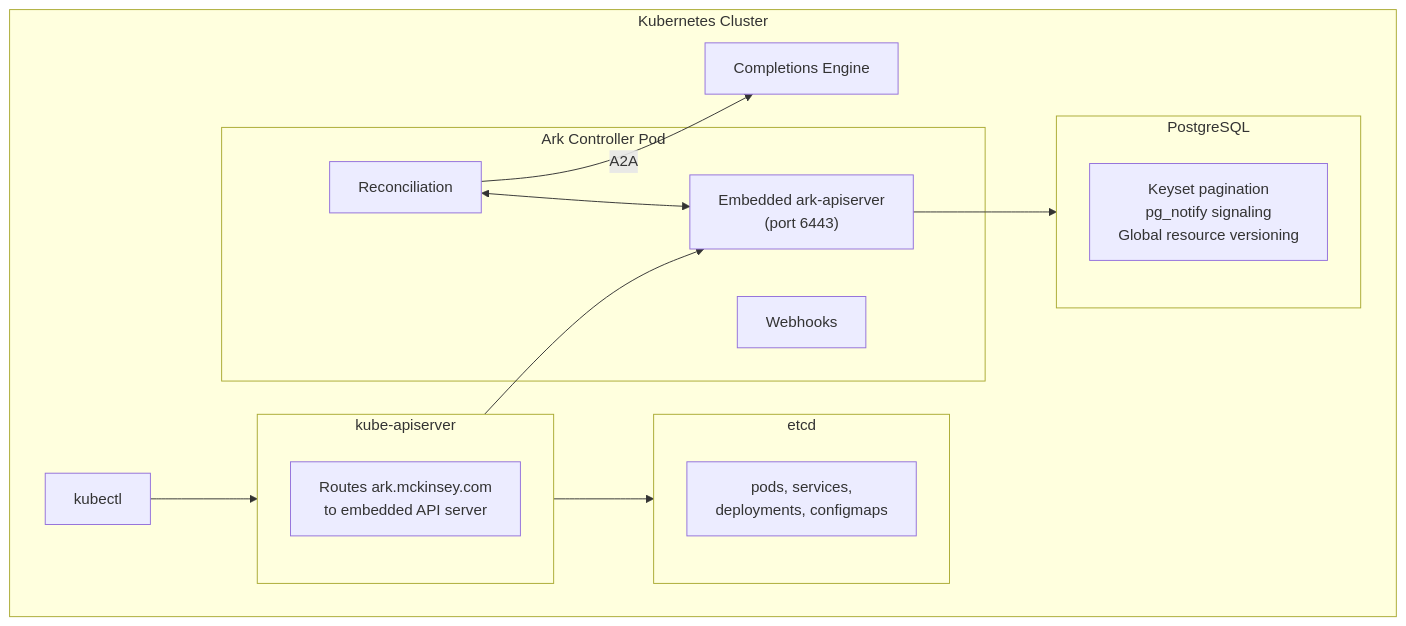
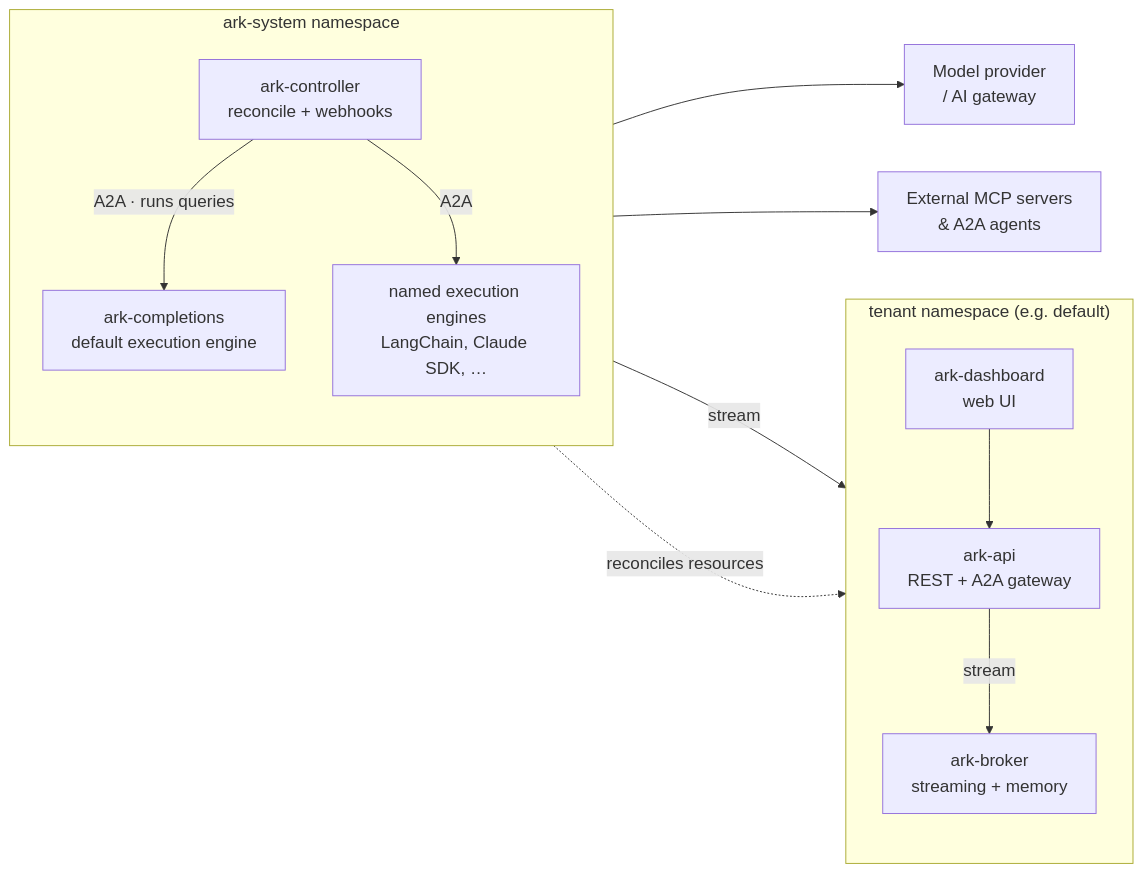
One commit to woss/fork-agents-at-scale-ark changed the diagram in docs/content/reference/core-architecture.mdx. Above: the diagram before and after it, drawn with Mermaid. The commit also changed other lines of this file and 2 other files, not shown here.

First line of the commit message:
docs: refocus Core Architecture; move query storage-flow to Query Execution (#2757)

````diff
--- a/docs/content/reference/core-architecture.mdx
+++ b/docs/content/reference/core-architecture.mdx
@@ -203,33 +16,29 @@
 ```mermaid
-flowchart TB
-    subgraph cluster["Kubernetes Cluster"]
-        kubectl["kubectl"]
+%%{init: {'themeVariables': {'fontSize': '18px'}, 'flowchart': {'rankSpacing': 80, 'nodeSpacing': 50}}}%%
+flowchart LR
+    subgraph arksystem["ark-system namespace"]
+        direction TB
+        controller["ark-controller<br/>reconcile + webhooks"]
+        completions["ark-completions<br/>default execution engine"]
+        engines["named execution engines<br/>LangChain, Claude SDK, …"]
+    end
 
-        subgraph apiserver["kube-apiserver"]
-            api_desc["Routes ark.mckinsey.com<br/>to embedded API server"]
-        end
+    subgraph tenant["tenant namespace (e.g. default)"]
+        direction TB
+        api["ark-api<br/>REST + A2A gateway"]
+        dashboard["ark-dashboard<br/>web UI"]
+        broker["ark-broker<br/>streaming + memory"]
+    end
 
-        subgraph controller["Ark Controller Pod"]
-            ctrl_reconcile["Reconciliation"]
-            ctrl_webhook["Webhooks"]
-            embedded_api["Embedded ark-apiserver<br/>(port 6443)"]
-        end
+    model["Model provider<br/>/ AI gateway"]
+    external["External MCP servers<br/>& A2A agents"]
 
-        completions["Completions Engine"]
-
-        subgraph etcd_box["etcd"]
-            etcd_k8s["pods, services,<br/>deployments, configmaps"]
-        end
-
-        subgraph postgres["PostgreSQL"]
-            pg_features["Keyset pagination<br/>pg_notify signaling<br/>Global resource versioning"]
-        end
-
-        kubectl --> apiserver
-        apiserver --> etcd_box
-        apiserver --> embedded_api
-        embedded_api --> postgres
-        ctrl_reconcile <--> embedded_api
-        ctrl_reconcile -- "A2A" --> completions
-    end
+    dashboard --> api
+    controller -.->|"reconciles resources"| tenant
+    controller -->|"A2A · runs queries"| completions
+    controller -->|"A2A"| engines
+    api -->|"stream"| broker
+    completions -->|"stream"| broker
+    completions --> model
+    completions --> external
 ```
````
